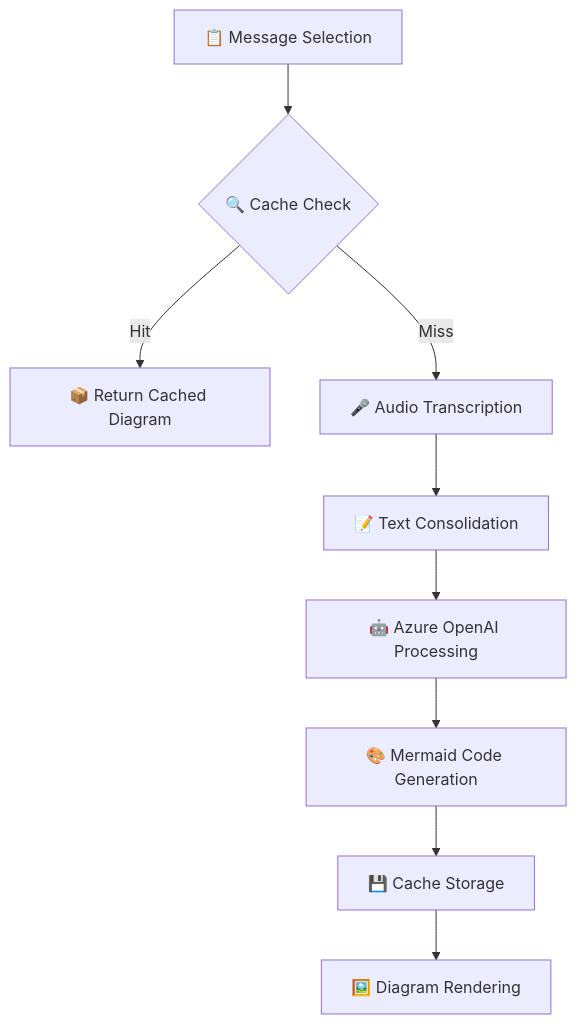
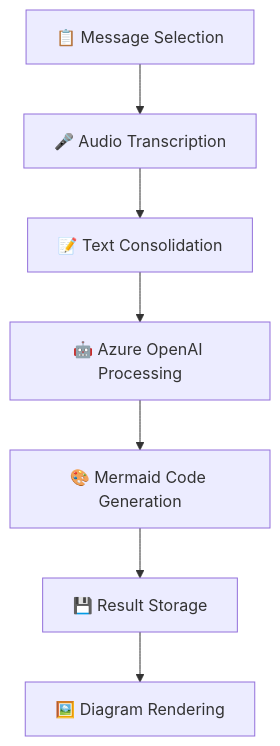
The second of 3 diagrams in README.md (insaiyann/Accepticon), drawn with Mermaid before and after one commit. The commit also changed other lines of this file and 1 other file, not shown here.

Commit message:
docs: Update documentation to reflect cache removal
- Updated README.md diagram generation pipeline flowchart
- Removed cache check step from process flow documentation
- Updated performance optimizations section
- Created comprehensive cache removal summary document
- Documented fresh generation approach and benefits

All documentation now accurately reflects the no-cache implementation.

````diff
--- a/README.md
+++ b/README.md
@@ -76,11 +76,9 @@
 ```mermaid
 graph TD
-    A[📋 Message Selection] --> B{🔍 Cache Check}
-    B -->|Hit| C[📦 Return Cached Diagram]
-    B -->|Miss| D[🎤 Audio Transcription]
-    D --> E[📝 Text Consolidation]
-    E --> F[🤖 Azure OpenAI Processing]
-    F --> G[🎨 Mermaid Code Generation]
-    G --> H[💾 Cache Storage]
-    H --> I[🖼️ Diagram Rendering]
+    A[📋 Message Selection] --> B[🎤 Audio Transcription]
+    B --> C[📝 Text Consolidation]
+    C --> D[🤖 Azure OpenAI Processing]
+    D --> E[🎨 Mermaid Code Generation]
+    E --> F[💾 Result Storage]
+    F --> G[🖼️ Diagram Rendering]
 ```
````
